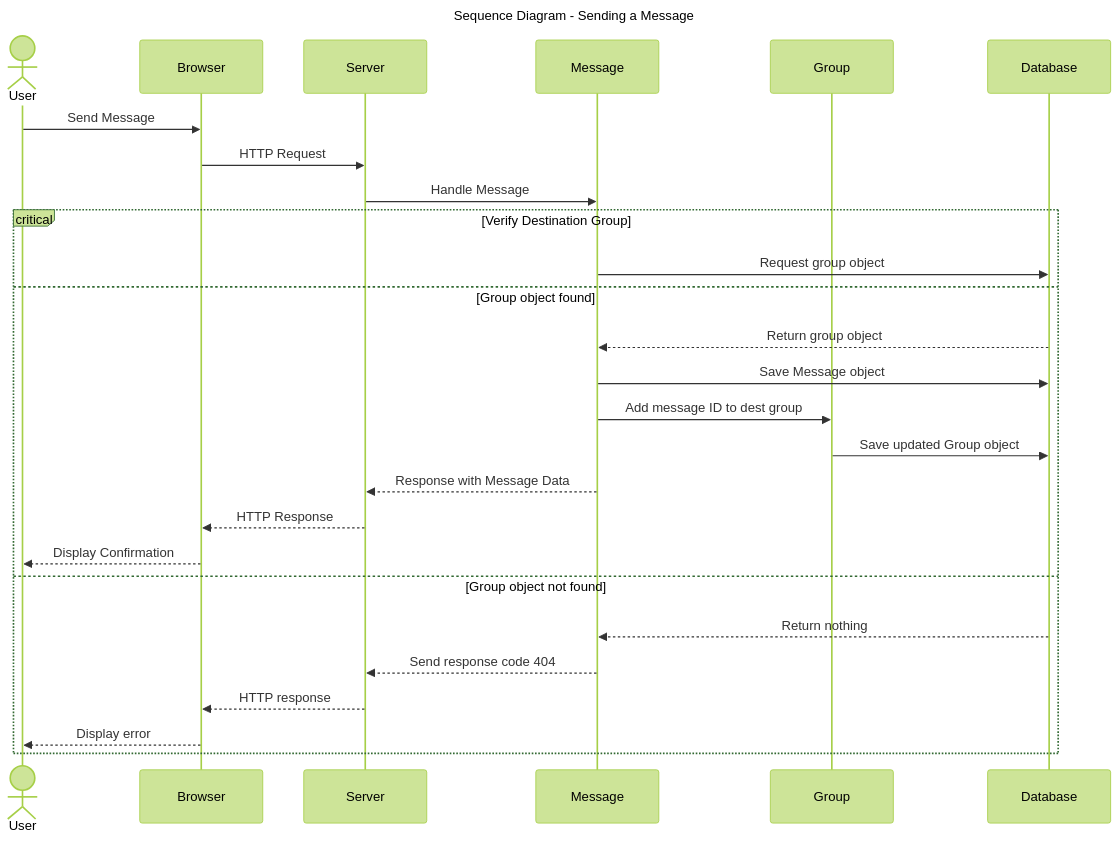
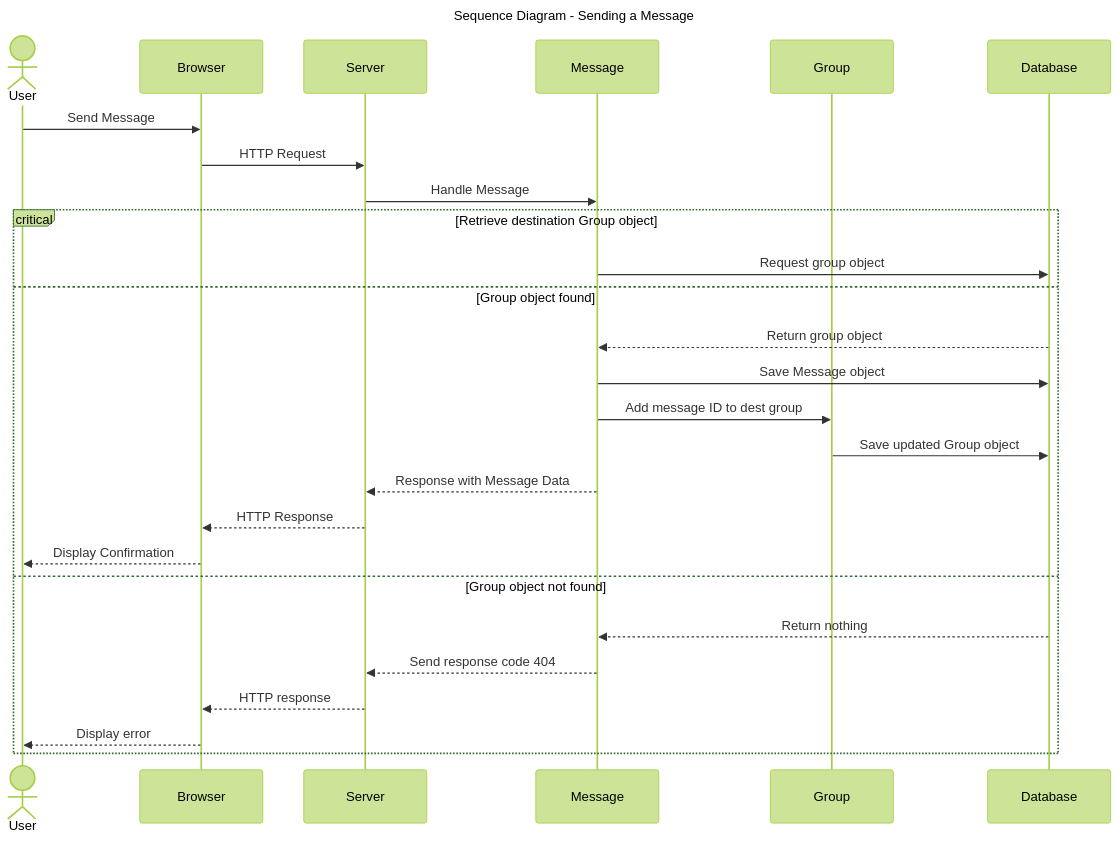
Before and after one commit to jadynlaila/Study_Group_Platform: the diagram in Deliverables/Deliverable 5.md, drawn with Mermaid (forest theme).

Commit message:
Modified some wording

````diff
--- a/Deliverables/Deliverable 5.md
+++ b/Deliverables/Deliverable 5.md
@@ -36,39 +36,39 @@
 ```mermaid
 sequenceDiagram
     title: Sequence Diagram - Sending a Message
 
     %% Define actors and participants
     actor User
     participant Browser
     participant Server
     participant Message
     participant Group
     participant Database
 
     %% Perform routing
     User->>Browser: Send Message 
     Browser->>Server: HTTP Request
     Server->>Message: Handle Message
 
     %% Verify that the destination group exists
-    critical Verify Destination Group
+    critical Retrieve destination Group object
         Message->>Database: Request group object
     option Group object found
         Database-->>Message: Return group object
 
         %% This is where we start modifying data
         Message->>Database: Save Message object
         Message->>Group: Add message ID to dest group
         Group->>Database: Save updated Group object
 
         %% Respond to the original request
         Message-->>Server: Response with Message Data
         Server-->>Browser: HTTP Response
         Browser-->>User: Display Confirmation
     option Group object not found
         Database-->>Message: Return nothing
         Message-->>Server: Send response code 404
         Server-->>Browser: HTTP response
         Browser-->>User: Display error
     end
 ```
````
